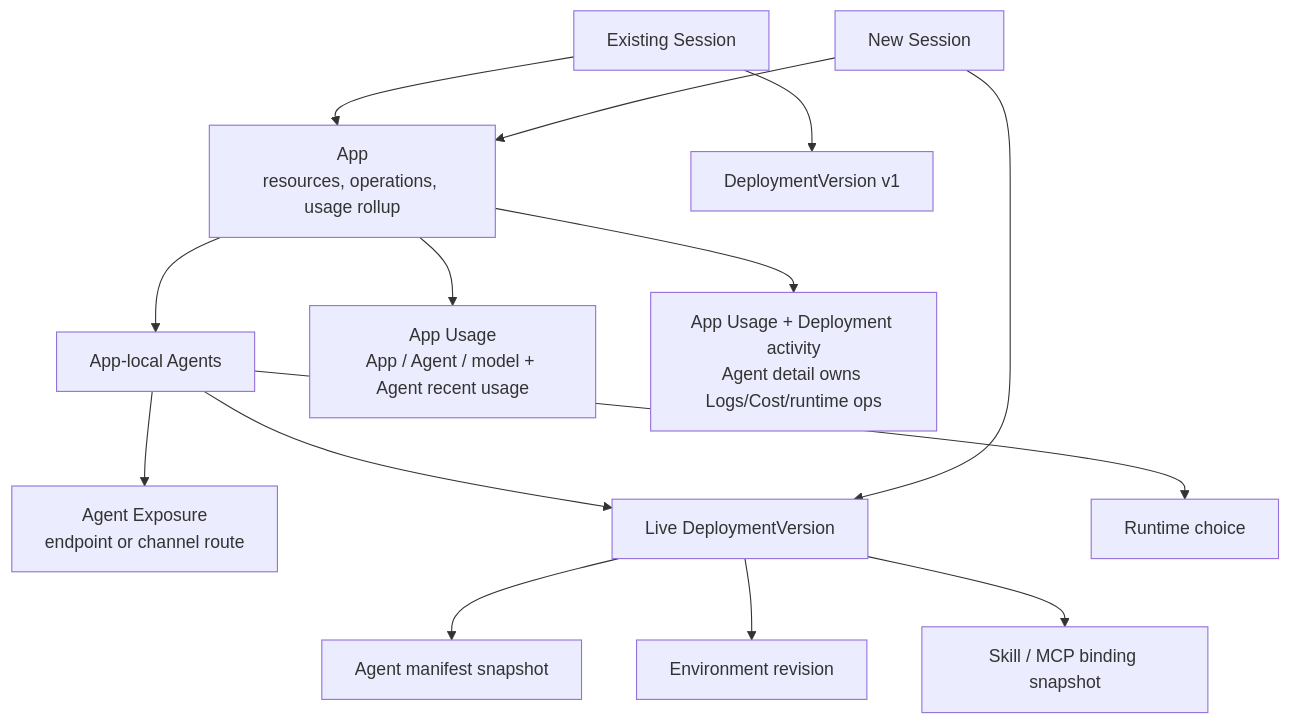
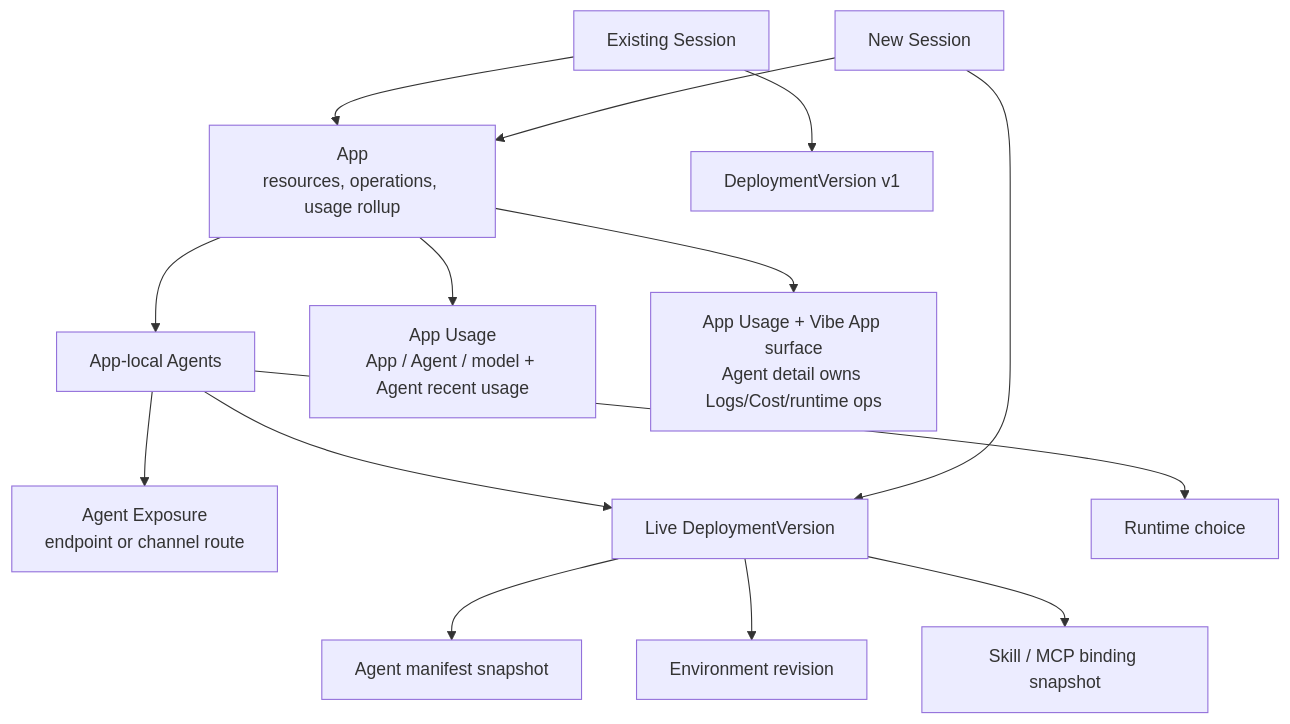
The first of 2 diagrams in docs/prd/agent-service-identity.md (langgenius/mosoo), drawn with Mermaid before and after one commit. The commit also changed other lines of this file and 29 other files, not shown here.

````diff
--- a/docs/prd/agent-service-identity.md
+++ b/docs/prd/agent-service-identity.md
@@ -85,20 +85,20 @@
 ```mermaid
 flowchart TD
   App["App<br/>resources, operations, usage rollup"] --> Agents["App-local Agents"]
   App --> Usage["App Usage<br/>App / Agent / model + Agent recent usage"]
-  App --> Ops["App Usage + Deployment activity<br/>Agent detail owns Logs/Cost/runtime ops"]
+  App --> Ops["App Usage + Vibe App surface<br/>Agent detail owns Logs/Cost/runtime ops"]
 
   Agents --> Exposure["Agent Exposure<br/>endpoint or channel route"]
   Agents --> Live["Live DeploymentVersion"]
   Agents --> Runtime["Runtime choice"]
 
   Live --> Manifest["Agent manifest snapshot"]
   Live --> EnvRef["Environment revision"]
   Live --> ToolRefs["Skill / MCP binding snapshot"]
 
   SessionA["Existing Session"] --> Version1["DeploymentVersion v1"]
   SessionB["New Session"] --> Live
 
   SessionA --> App
   SessionB --> App
 ```
````
